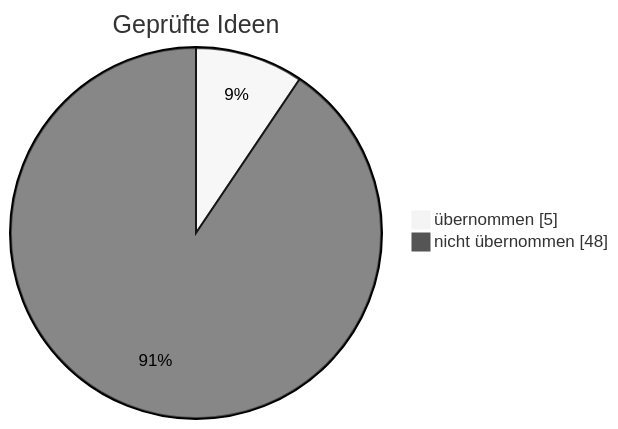
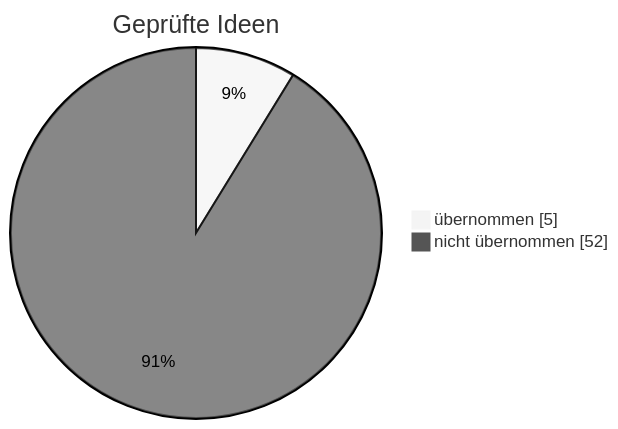
The diagram in gehirn/Notizen/Was der Bot schon weiß.md (sickingmalte-arch/Test-Bot), drawn with Mermaid (neutral theme) before and after one commit. The commit also changed other lines of this file and 2 other files, not shown here.

````diff
--- a/gehirn/Notizen/Was der Bot schon weiß.md
+++ b/gehirn/Notizen/Was der Bot schon weiß.md
@@ -22,6 +22,6 @@
 ```mermaid
 pie showData
     title Geprüfte Ideen
     "übernommen" : 5
-    "nicht übernommen" : 48
+    "nicht übernommen" : 52
 ```
````
